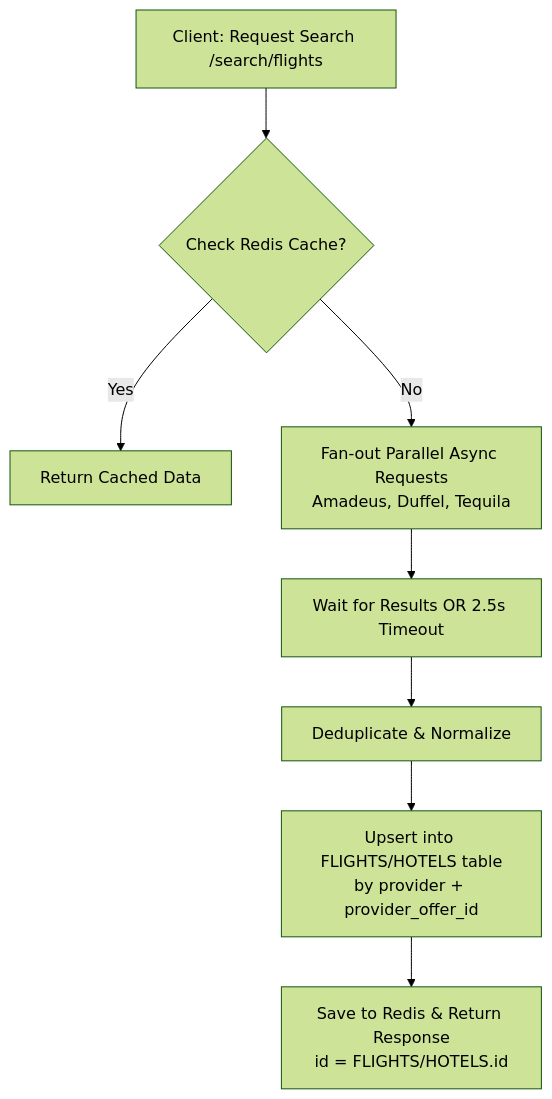
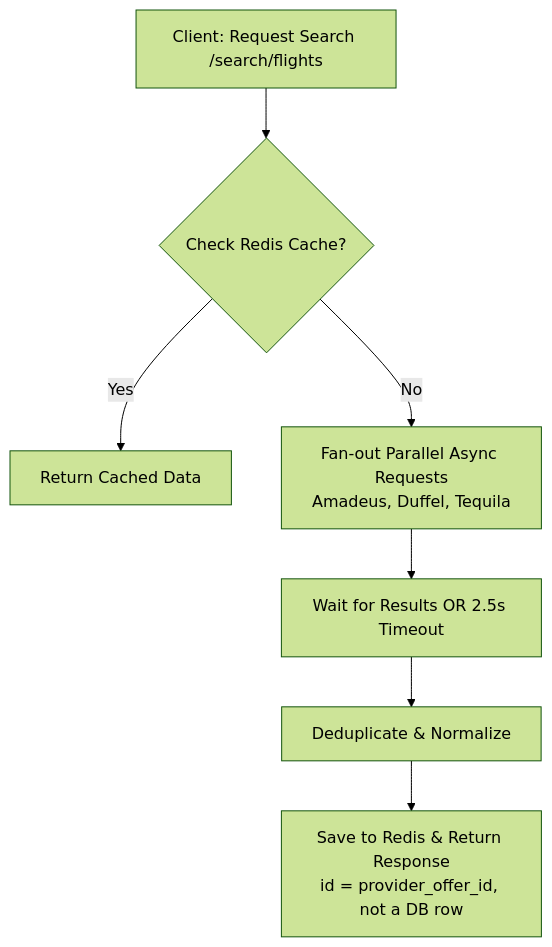
One commit to SaraMagdyAbdelhamed/booking_project_nodejs changed the second of 12 diagrams in README.md. Above: the diagram before and after it, drawn with Mermaid (forest theme). The commit also changed other lines of this file, not shown here.

Commit message:
Refine booking system architecture by enhancing entity relationships and clarifying booking pipelines for flights and hotels

````diff
--- a/README.md
+++ b/README.md
@@ -239,10 +218,9 @@
 ```mermaid
 flowchart TD
     A[Client: Request Search /search/flights] --> B{Check Redis Cache?}
     B -->|Yes| C[Return Cached Data]
     B -->|No| D[Fan-out Parallel Async Requests<br/>Amadeus, Duffel, Tequila]
     D --> E[Wait for Results OR 2.5s Timeout]
     E --> F[Deduplicate & Normalize]
-    F --> G[Upsert into FLIGHTS/HOTELS table<br/>by provider + provider_offer_id]
-    G --> H[Save to Redis & Return Response<br/>id = FLIGHTS/HOTELS.id]
+    F --> G[Save to Redis & Return Response<br/>id = provider_offer_id, not a DB row]
 ```
````
